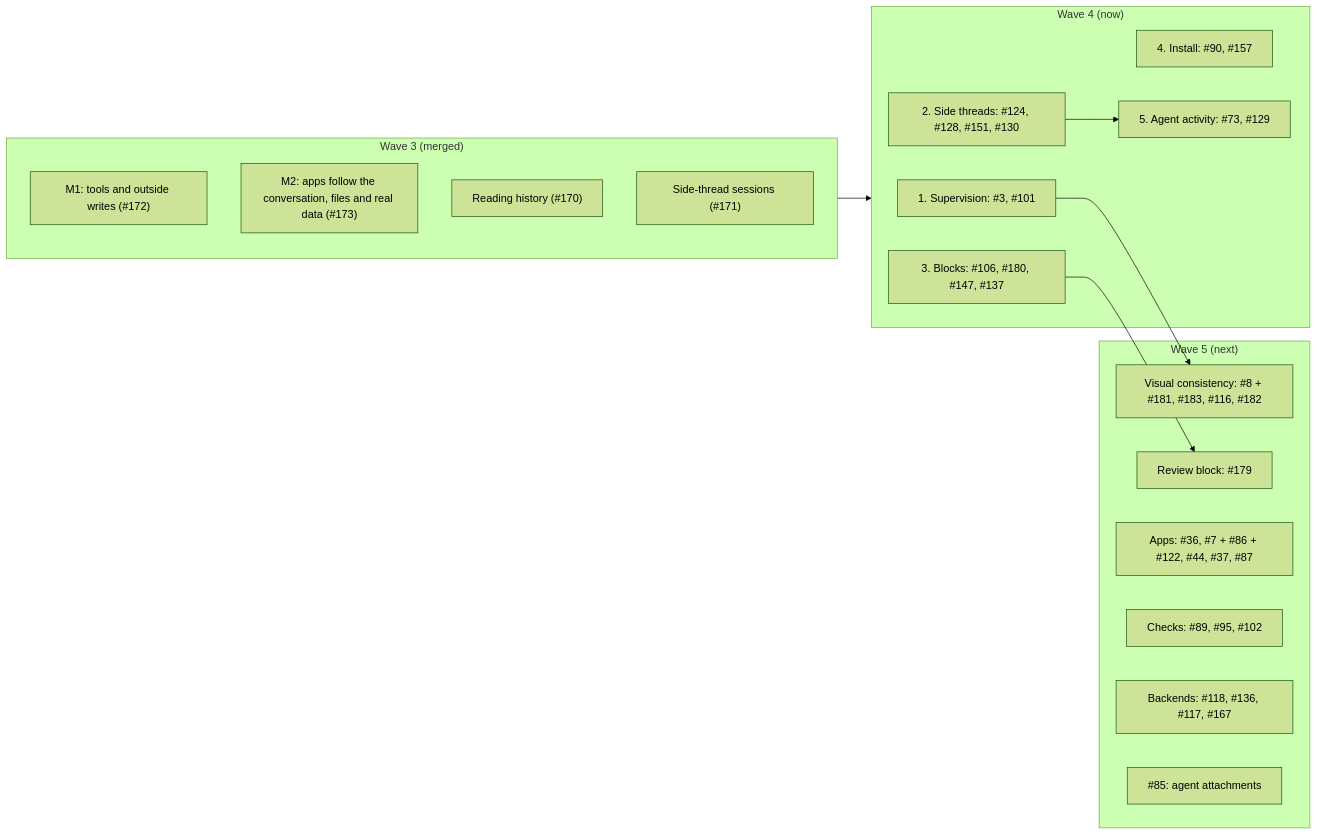
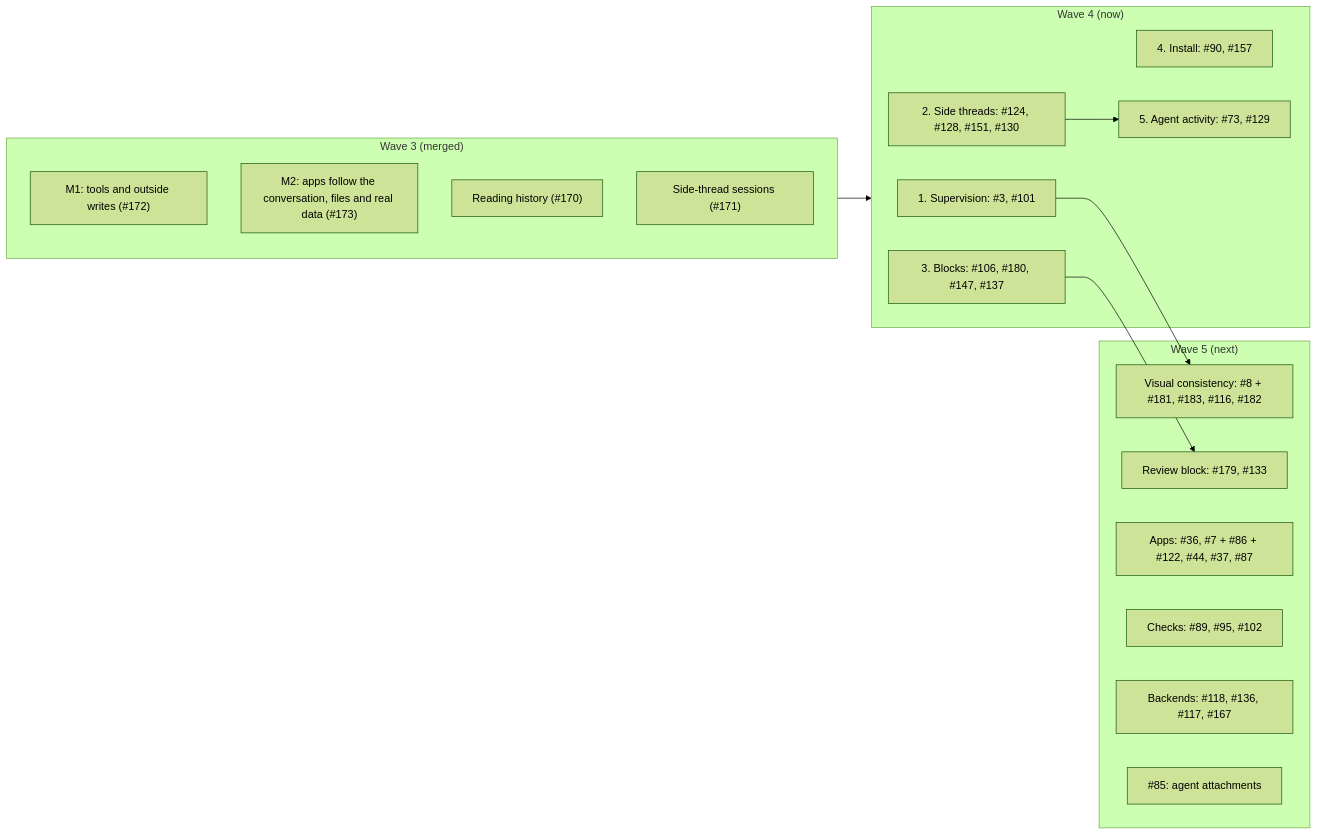
The diagram in designs/prompts/README.md (HJeon139/postbox), drawn with Mermaid (forest theme) before and after one commit. The commit also changed other lines of this file, not shown here.

First line of the commit message:
docs(prompts): fold #133 into wave 5's review block session

````diff
--- a/designs/prompts/README.md
+++ b/designs/prompts/README.md
@@ -11,28 +11,28 @@
 ```mermaid
 flowchart LR
   subgraph w3["Wave 3 (merged)"]
     m1["M1: tools and outside writes (#172)"]
     f["M2: apps follow the conversation, files and real data (#173)"]
     r["Reading history (#170)"]
     s["Side-thread sessions (#171)"]
   end
   subgraph w4["Wave 4 (now)"]
     a["1. Supervision: #3, #101"]
     b["2. Side threads: #124, #128, #151, #130"]
     c["3. Blocks: #106, #180, #147, #137"]
     d["4. Install: #90, #157"]
     e["5. Agent activity: #73, #129"]
   end
   subgraph w5["Wave 5 (next)"]
     v["Visual consistency: #8 + #181, #183, #116, #182"]
-    rv["Review block: #179"]
+    rv["Review block: #179, #133"]
     ap["Apps: #36, #7 + #86 + #122, #44, #37, #87"]
     ck["Checks: #89, #95, #102"]
     be["Backends: #118, #136, #117, #167"]
     at["#85: agent attachments"]
   end
   w3 --> w4
   a --> v
   c --> rv
   b --> e
 ```
````
